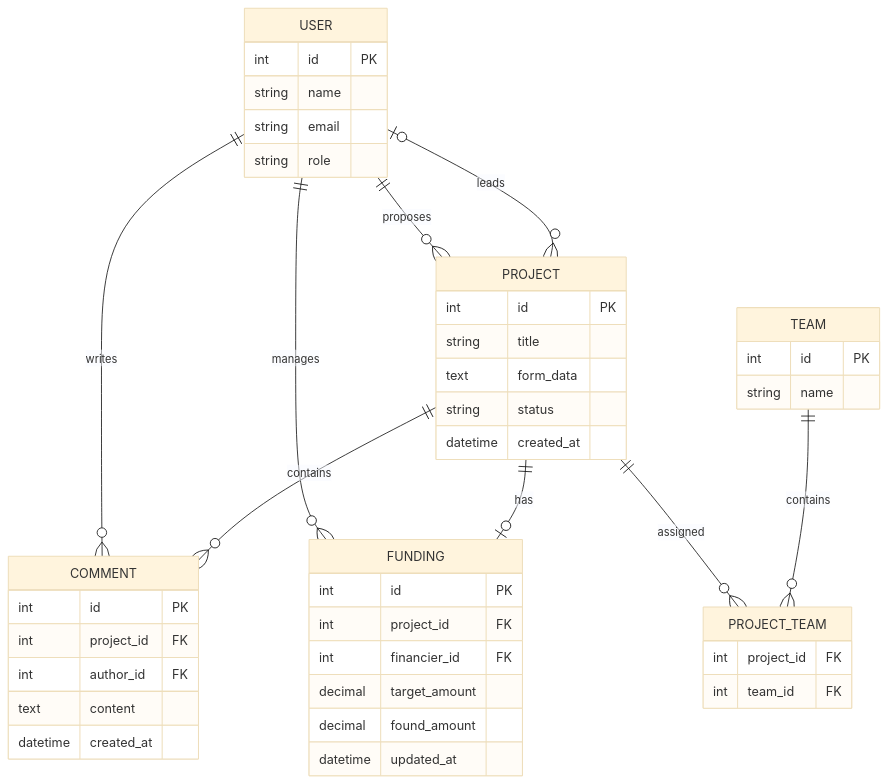
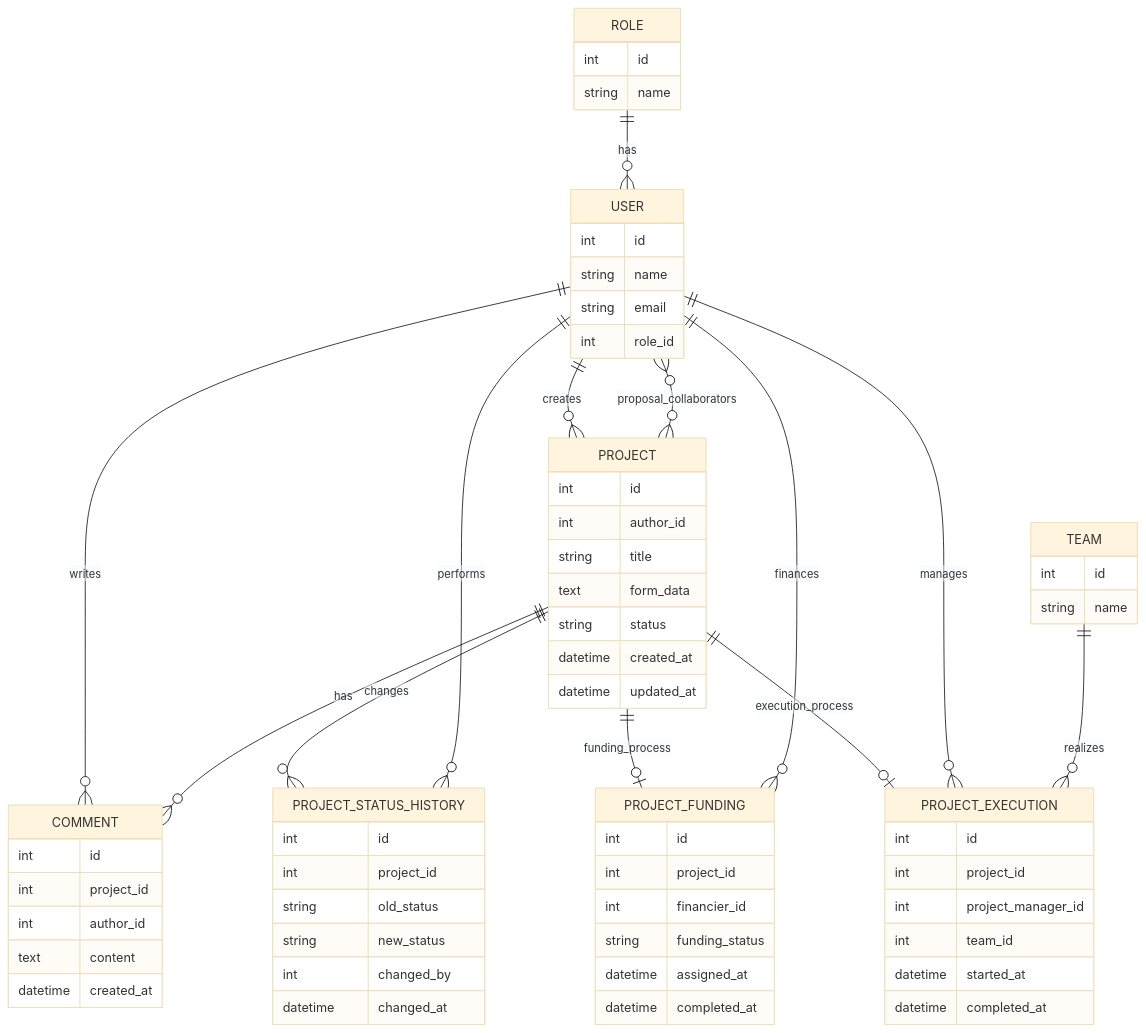
One commit to jobtrek/laravel-group-project changed the diagram in docs/mcd.mermaid. Above: the diagram before and after it, drawn with Mermaid (base theme).

Commit message:
docs update mcd diagram (#56)

```diff
--- a/docs/mcd.mermaid
+++ b/docs/mcd.mermaid
@@ -1,61 +1,89 @@
 erDiagram
 
+    ROLE {
+        int id
+        string name
+    }
+
     USER {
-        int id PK
+        int id
         string name
         string email
-        string role
+        int role_id
+    }
+
+    TEAM {
+        int id
+        string name
     }
 
     PROJECT {
-        int id PK
+        int id
+        int author_id
         string title
         text form_data
         string status
         datetime created_at
+        datetime updated_at
+    }
+
+    PROJECT_STATUS_HISTORY {
+        int id
+        int project_id
+        string old_status
+        string new_status
+        int changed_by
+        datetime changed_at
+    }
+
+    PROJECT_FUNDING {
+        int id
+        int project_id
+        int financier_id
+        string funding_status
+        datetime assigned_at
+        datetime completed_at
+    }
+
+    PROJECT_EXECUTION {
+        int id
+        int project_id
+        int project_manager_id
+        int team_id
+        datetime started_at
+        datetime completed_at
     }
 
     COMMENT {
-        int id PK
-        int project_id FK
-        int author_id FK
+        int id
+        int project_id
+        int author_id
         text content
         datetime created_at
     }
 
-    FUNDING {
-        int id PK
-        int project_id FK
-        int financier_id FK
-        decimal target_amount
-        decimal found_amount
-        datetime updated_at
-    }
+    %% ROLES
+    ROLE ||--o{ USER : has
 
-    TEAM {
-        int id PK
-        string name
-    }
+    %% PROJECT AUTHOR
+    USER ||--o{ PROJECT : creates
 
-    PROJECT_TEAM {
-        int project_id FK
-        int team_id FK
-    }
+    %% COMMENTS
+    USER ||--o{ COMMENT : writes
+    PROJECT ||--o{ COMMENT : has
 
-    %% Project proposer
-    USER ||--o{ PROJECT : proposes
+    %% COLLABORATORS
+    USER }o--o{ PROJECT : proposal_collaborators
 
-    %% Comments
-    USER ||--o{ COMMENT : writes
-    PROJECT ||--o{ COMMENT : contains
+    %% STATUS HISTORY
+    PROJECT ||--o{ PROJECT_STATUS_HISTORY : changes
+    USER ||--o{ PROJECT_STATUS_HISTORY : performs
 
-    %% Funding
-    USER ||--o{ FUNDING : manages
-    PROJECT ||--o| FUNDING : has
+    %% FUNDING
+    PROJECT ||--o| PROJECT_FUNDING : funding_process
+    USER ||--o{ PROJECT_FUNDING : finances
 
-    %% Project chief
-    USER o|--o{ PROJECT : leads
-
-    %% Teams
-    PROJECT ||--o{ PROJECT_TEAM : assigned
-    TEAM ||--o{ PROJECT_TEAM : contains
+    %% EXECUTION
+    PROJECT ||--o| PROJECT_EXECUTION : execution_process
+    USER ||--o{ PROJECT_EXECUTION : manages
+    TEAM ||--o{ PROJECT_EXECUTION : realizes
```
